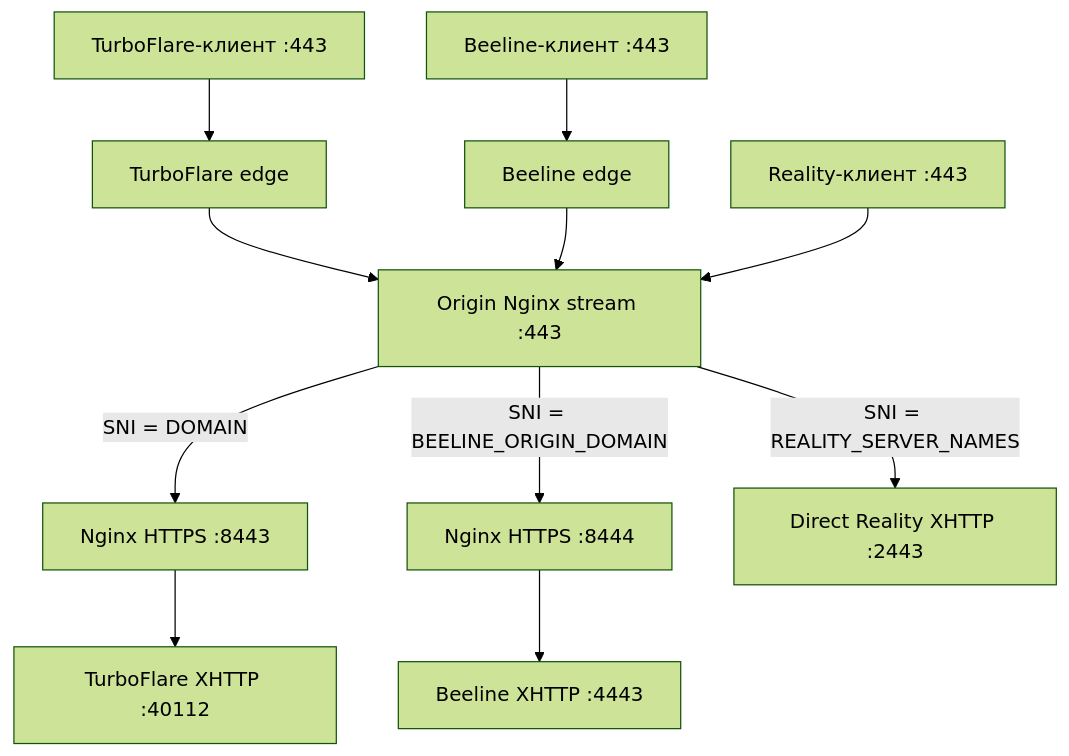
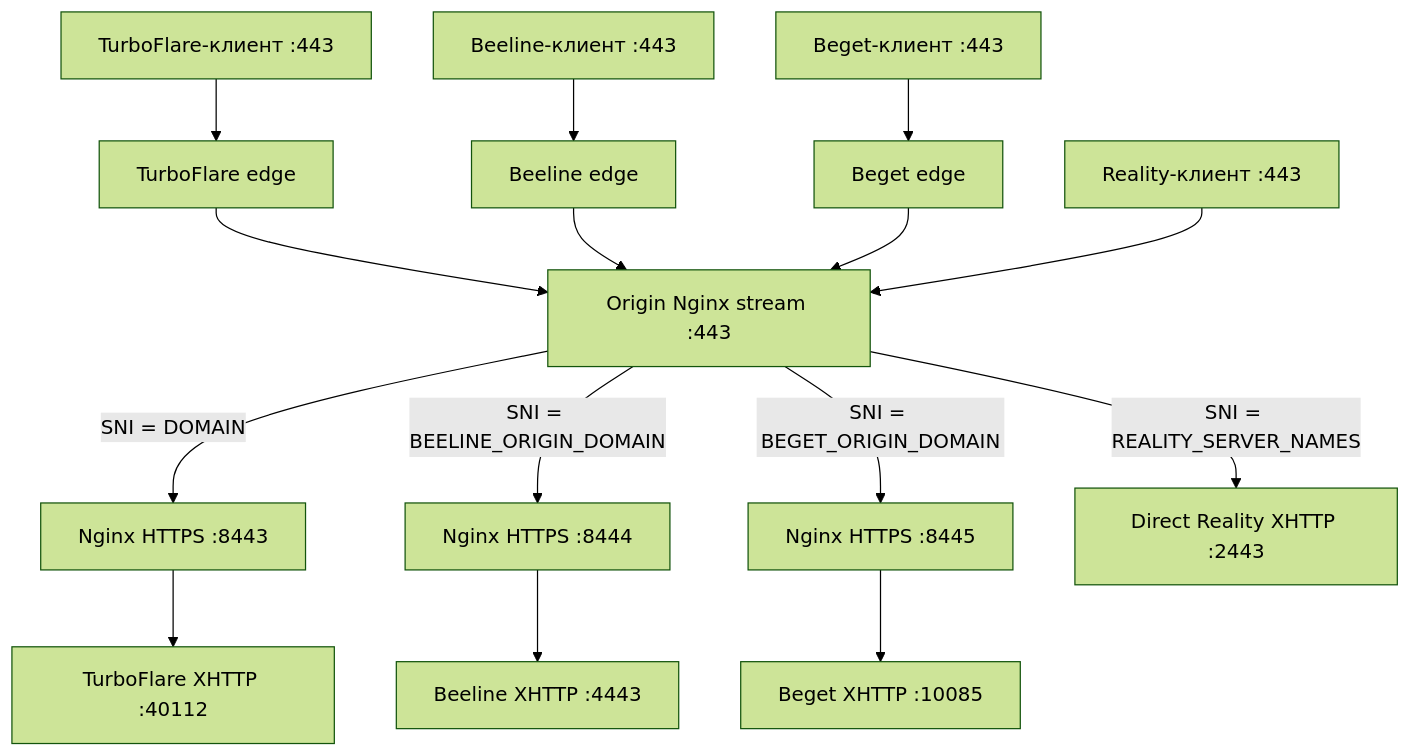
Before and after one commit to zchk0/Turboflare_CDN_Setup: the diagram in README.md, drawn with Mermaid (forest theme). The commit also changed other lines of this file and 13 other files, not shown here.

````diff
--- a/README.md
+++ b/README.md
@@ -27,13 +30,17 @@
 ```mermaid
 flowchart TD
     A["TurboFlare-клиент :443"] --> B["TurboFlare edge"]
     B --> C["Origin Nginx stream :443"]
     BA["Beeline-клиент :443"] --> BB["Beeline edge"]
     BB --> C
+    BGA["Beget-клиент :443"] --> BGB["Beget edge"]
+    BGB --> C
     R["Reality-клиент :443"] --> C
     C -->|SNI = DOMAIN| D["Nginx HTTPS :8443"]
     D --> E["TurboFlare XHTTP :40112"]
     C -->|SNI = BEELINE_ORIGIN_DOMAIN| BD["Nginx HTTPS :8444"]
     BD --> BE["Beeline XHTTP :4443"]
+    C -->|SNI = BEGET_ORIGIN_DOMAIN| BGD["Nginx HTTPS :8445"]
+    BGD --> BGE["Beget XHTTP :10085"]
     C -->|SNI = REALITY_SERVER_NAMES| F["Direct Reality XHTTP :2443"]
 ```
````
